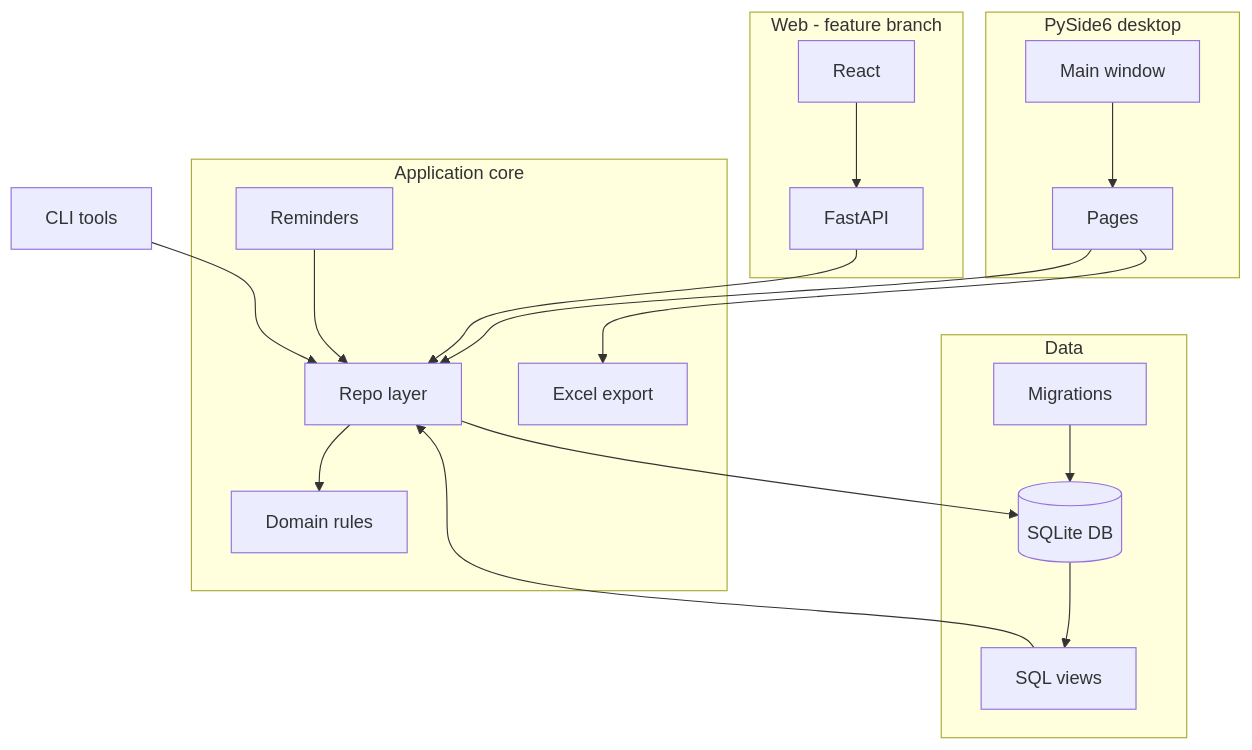
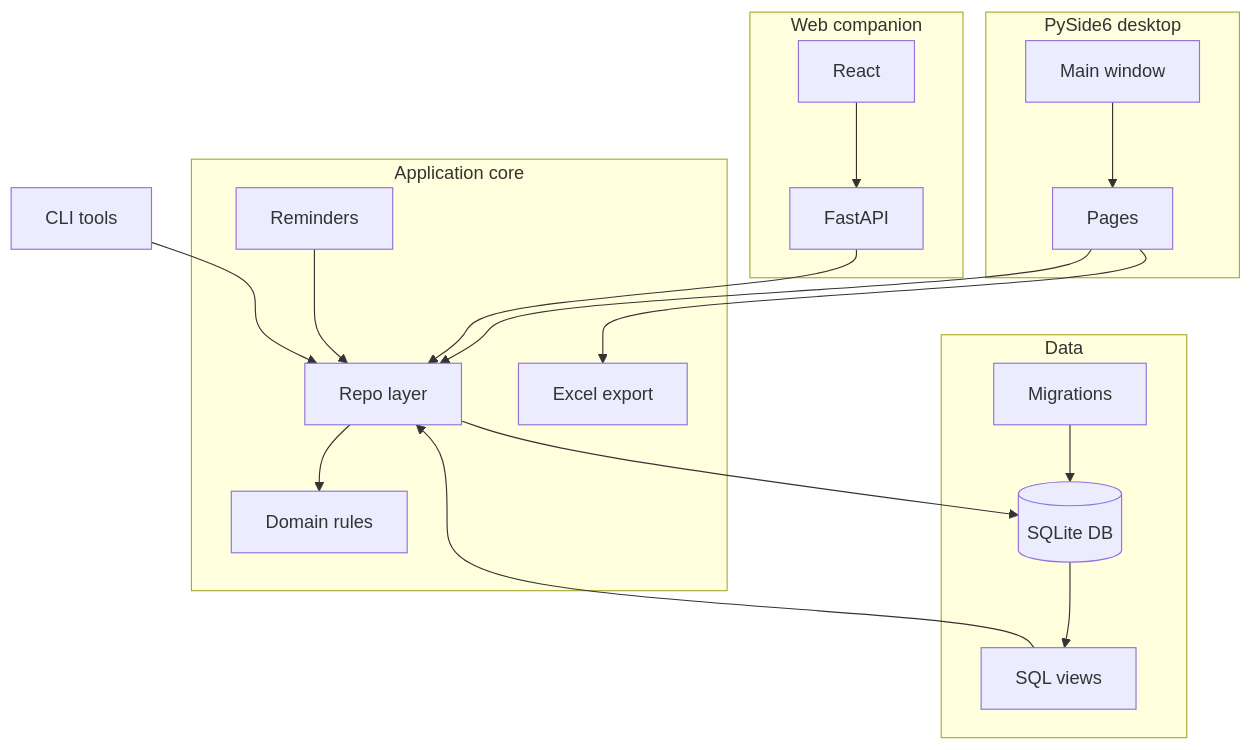
The diagram in README.md (salonic06/PersonalizedTally), drawn with Mermaid before and after one commit. The commit also changed other lines of this file and 1 other file, not shown here.

Commit message:
Polish README and WEB_MIGRATION for public repo after web merge

````diff
--- a/README.md
+++ b/README.md
@@ -22,38 +19,38 @@
 ```mermaid
 flowchart TB
   subgraph ui [PySide6 desktop]
     MW[Main window]
     PG[Pages]
     MW --> PG
   end
 
   subgraph core [Application core]
     Repo[Repo layer]
     Domain[Domain rules]
     Notif[Reminders]
     Excel[Excel export]
   end
 
   subgraph data [Data]
     DB[(SQLite DB)]
     Views[SQL views]
     Mig[Migrations]
   end
 
-  subgraph web [Web - feature branch]
+  subgraph web [Web companion]
     API[FastAPI]
     SPA[React]
     SPA --> API
   end
 
   PG --> Repo
   API --> Repo
   Repo --> Domain
   Repo --> DB
   Mig --> DB
   DB --> Views
   Views --> Repo
   PG --> Excel
   Notif --> Repo
   Tools[CLI tools] --> Repo
 ```
````
